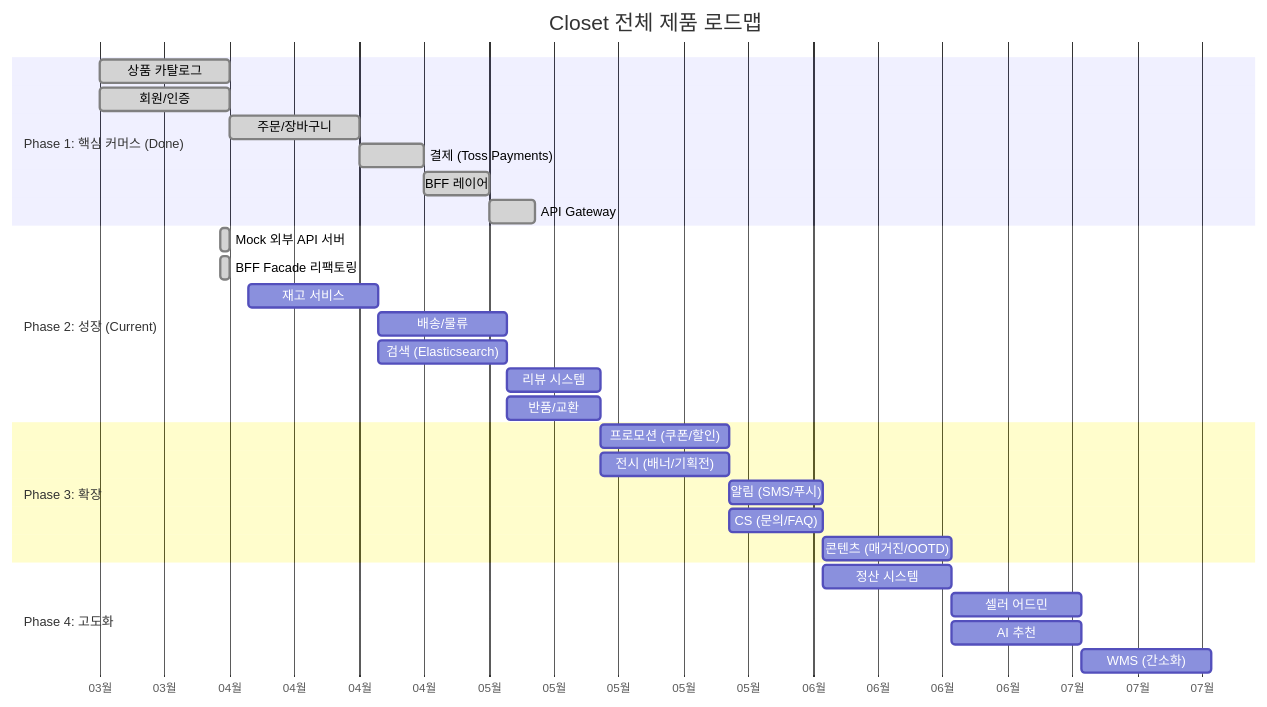
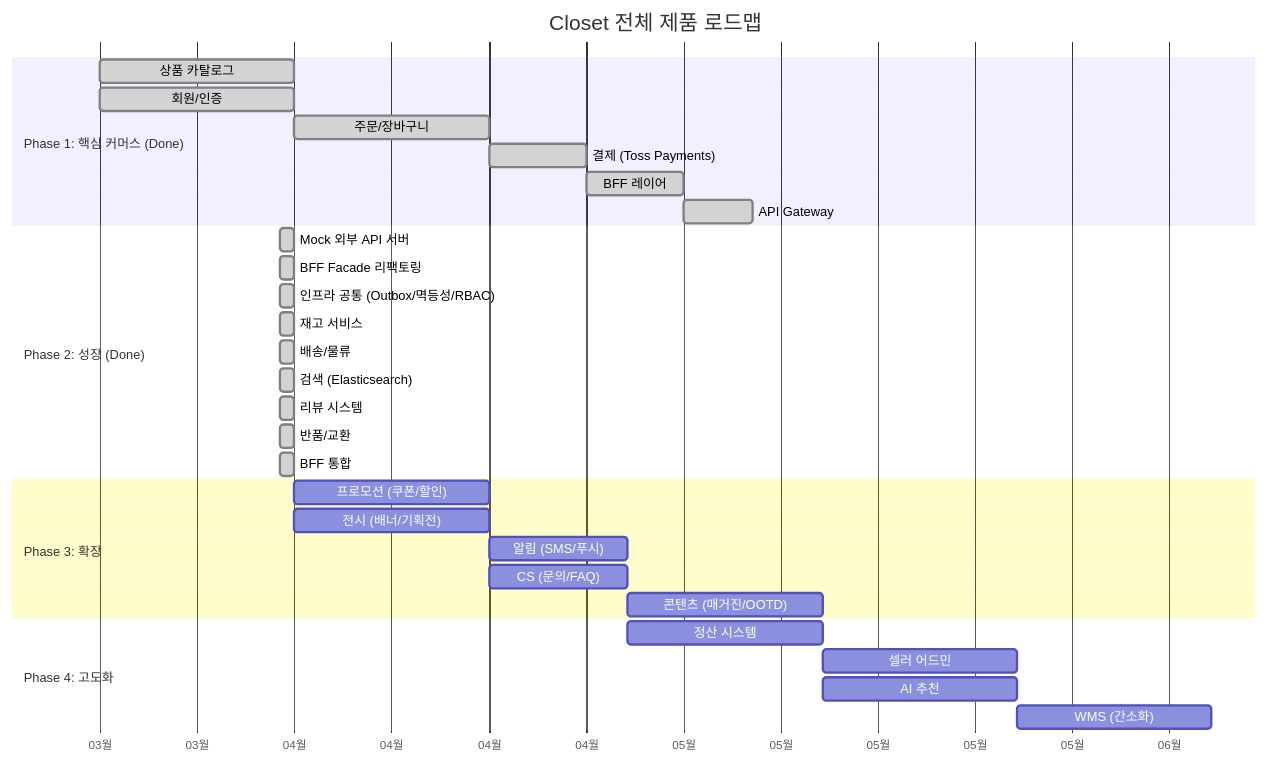
Before and after one commit to biuea3866/poc-project: the diagram in closet-ecommerce/docs/roadmap.md, drawn with Mermaid. The commit also changed other lines of this file, not shown here.

Commit message:
docs: Phase 2 로드맵 상태 업데이트 (30/30 BE 티켓 완료)

````diff
--- a/closet-ecommerce/docs/roadmap.md
+++ b/closet-ecommerce/docs/roadmap.md
@@ -8,36 +8,38 @@
 ```mermaid
 gantt
     title Closet 전체 제품 로드맵
     dateFormat YYYY-MM-DD
     axisFormat %m월
 
     section Phase 1: 핵심 커머스 (Done)
     상품 카탈로그           :done, ph1-1, 2026-03-22, 14d
     회원/인증               :done, ph1-2, 2026-03-22, 14d
     주문/장바구니           :done, ph1-3, after ph1-1, 14d
     결제 (Toss Payments)    :done, ph1-4, after ph1-3, 7d
     BFF 레이어              :done, ph1-5, after ph1-4, 7d
     API Gateway             :done, ph1-6, after ph1-5, 5d
 
-    section Phase 2: 성장 (Current)
+    section Phase 2: 성장 (Done)
     Mock 외부 API 서버        :done, ph2-0, 2026-04-04, 1d
     BFF Facade 리팩토링       :done, ph2-0b, 2026-04-04, 1d
-    재고 서비스              :ph2-1, 2026-04-07, 14d
-    배송/물류               :ph2-2, after ph2-1, 14d
-    검색 (Elasticsearch)    :ph2-3, after ph2-1, 14d
-    리뷰 시스템              :ph2-4, after ph2-2, 10d
-    반품/교환               :ph2-5, after ph2-2, 10d
+    인프라 공통 (Outbox/멱등성/RBAC) :done, ph2-infra, 2026-04-04, 1d
+    재고 서비스              :done, ph2-1, 2026-04-04, 1d
+    배송/물류               :done, ph2-2, 2026-04-04, 1d
+    검색 (Elasticsearch)    :done, ph2-3, 2026-04-04, 1d
+    리뷰 시스템              :done, ph2-4, 2026-04-04, 1d
+    반품/교환               :done, ph2-5, 2026-04-04, 1d
+    BFF 통합                :done, ph2-6, 2026-04-04, 1d
 
     section Phase 3: 확장
     프로모션 (쿠폰/할인)    :ph3-1, after ph2-4, 14d
     전시 (배너/기획전)     :ph3-2, after ph2-4, 14d
     알림 (SMS/푸시)        :ph3-3, after ph3-1, 10d
     CS (문의/FAQ)           :ph3-4, after ph3-2, 10d
     콘텐츠 (매거진/OOTD)   :ph3-5, after ph3-3, 14d
 
     section Phase 4: 고도화
     정산 시스템              :ph4-1, after ph3-4, 14d
     셀러 어드민              :ph4-2, after ph4-1, 14d
     AI 추천                  :ph4-3, after ph4-1, 14d
     WMS (간소화)             :ph4-4, after ph4-2, 14d
 ```
````
